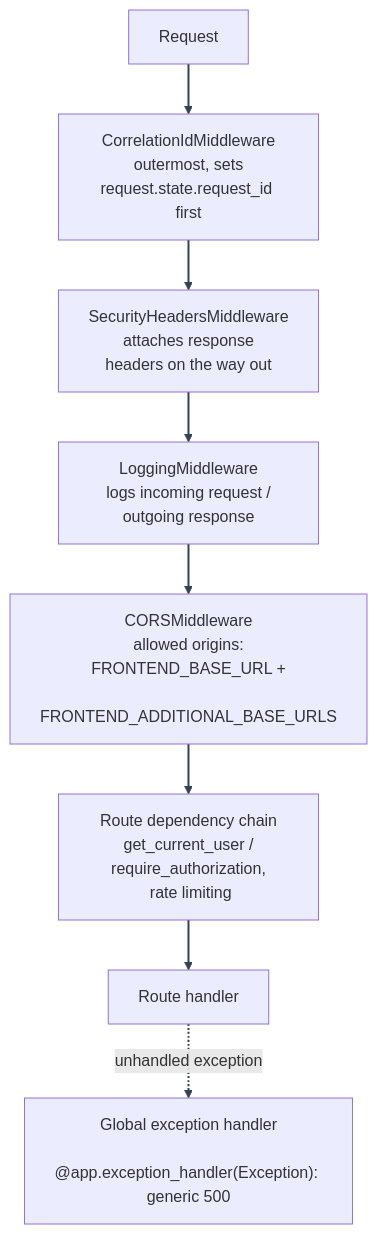
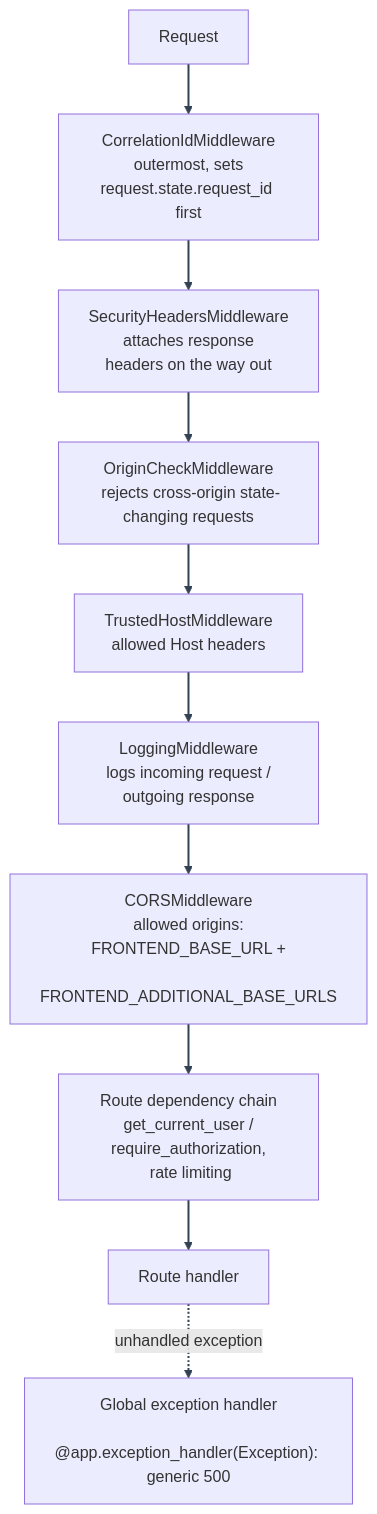
The diagram in docs/mystic_auth/architecture/backend.md (Nachiket-2024/mystic-auth), drawn with Mermaid before and after one commit. The commit also changed other lines of this file and 820 other files, not shown here.

````diff
--- a/docs/mystic_auth/architecture/backend.md
+++ b/docs/mystic_auth/architecture/backend.md
@@ -39,15 +41,17 @@
 ```mermaid
 %%{init: {"themeVariables": {"lineColor": "#334155"}} }%%
 flowchart TD
     Request["Request"]
     Correlation["CorrelationIdMiddleware\n outermost, sets request.state.request_id first"]
     Security["SecurityHeadersMiddleware\n attaches response headers on the way out"]
+    Origin["OriginCheckMiddleware\n rejects cross-origin state-changing requests"]
+    Host["TrustedHostMiddleware\n allowed Host headers"]
     Logging["LoggingMiddleware\n logs incoming request / outgoing response"]
     Cors["CORSMiddleware\n allowed origins: FRONTEND_BASE_URL +\n FRONTEND_ADDITIONAL_BASE_URLS"]
     Deps["Route dependency chain\n get_current_user / require_authorization,\n rate limiting"]
     Handler["Route handler"]
     Error["Global exception handler\n @app.exception_handler(Exception): generic 500"]
-    Request --> Correlation --> Security --> Logging --> Cors --> Deps --> Handler
+    Request --> Correlation --> Security --> Origin --> Host --> Logging --> Cors --> Deps --> Handler
     Handler -. "unhandled exception" .-> Error
     linkStyle default stroke:#334155,stroke-width:2px
 ```
````
